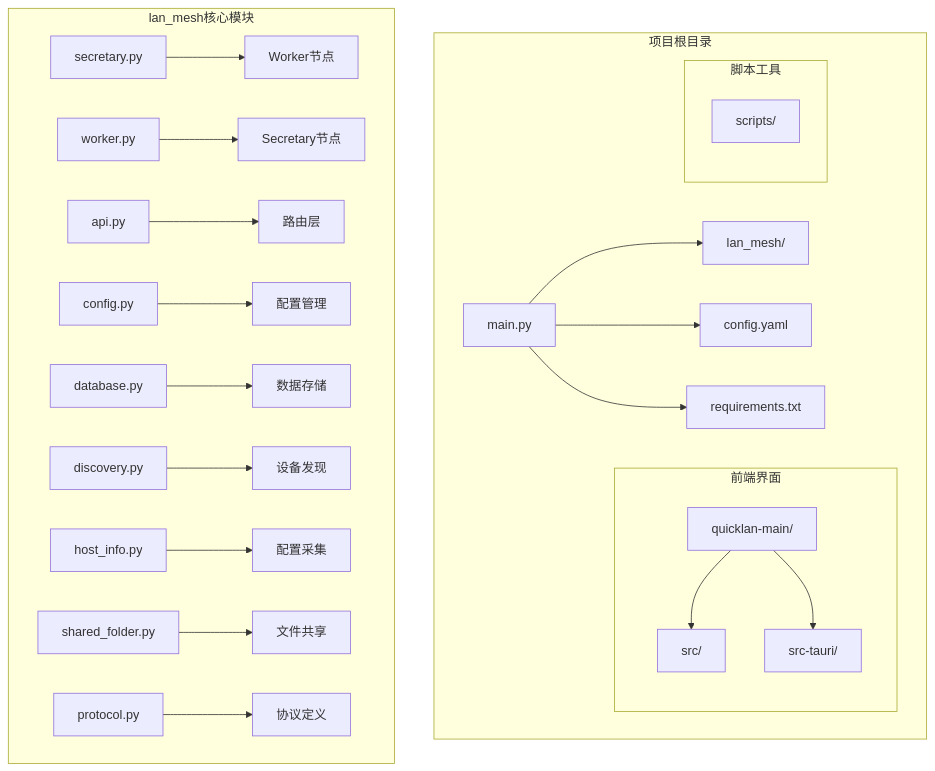
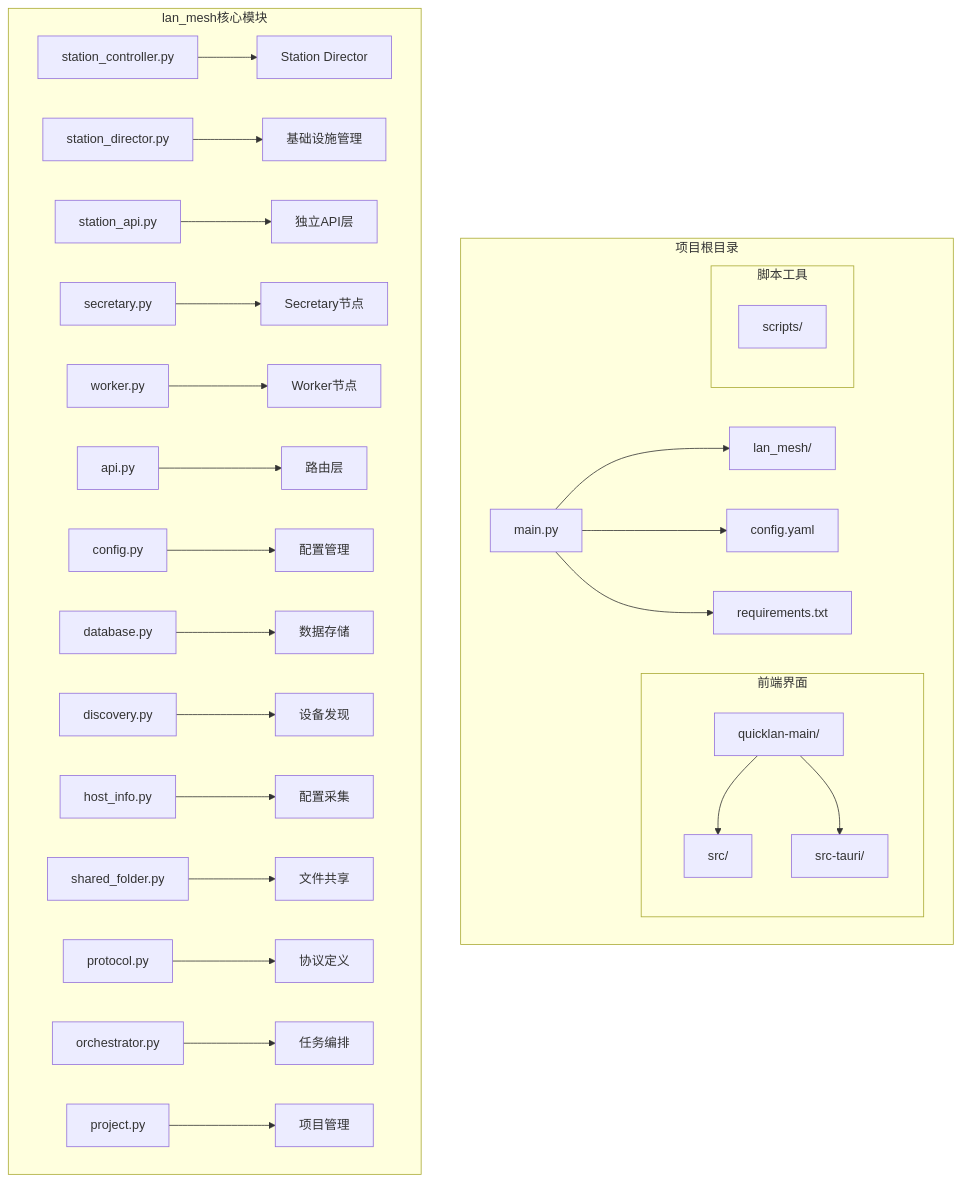
Before and after one commit to targalian/Personal-distributed-workstation: the first of 14 diagrams in .qoder/repowiki/zh/content/核心模块/工作站管理模块.md, drawn with Mermaid. The commit also changed other lines of this file and 69 other files, not shown here.

````diff
--- a/.qoder/repowiki/zh/content/核心模块/工作站管理模块.md
+++ b/.qoder/repowiki/zh/content/核心模块/工作站管理模块.md
@@ -48,27 +65,32 @@
 ```mermaid
 graph TB
 subgraph "项目根目录"
 A[main.py] --> B[lan_mesh/]
 A --> C[config.yaml]
 A --> D[requirements.txt]
 subgraph "前端界面"
 E[quicklan-main/]
 E --> F[src/]
 E --> G[src-tauri/]
 end
 subgraph "脚本工具"
 H[scripts/]
 end
 end
 subgraph "lan_mesh核心模块"
-I[secretary.py] --> J[Worker节点]
-K[worker.py] --> L[Secretary节点]
-M[api.py] --> N[路由层]
-O[config.py] --> P[配置管理]
-Q[database.py] --> R[数据存储]
-S[discovery.py] --> T[设备发现]
-U[host_info.py] --> V[配置采集]
-W[shared_folder.py] --> X[文件共享]
-Y[protocol.py] --> Z[协议定义]
+I[station_controller.py] --> J[Station Director]
+K[station_director.py] --> L[基础设施管理]
+M[station_api.py] --> N[独立API层]
+O[secretary.py] --> P[Secretary节点]
+Q[worker.py] --> R[Worker节点]
+S[api.py] --> T[路由层]
+U[config.py] --> V[配置管理]
+W[database.py] --> X[数据存储]
+Y[discovery.py] --> Z[设备发现]
+AA[host_info.py] --> AB[配置采集]
+AC[shared_folder.py] --> AD[文件共享]
+AE[protocol.py] --> AF[协议定义]
+AG[orchestrator.py] --> AH[任务编排]
+AI[project.py] --> AJ[项目管理]
 end
 ```
````
